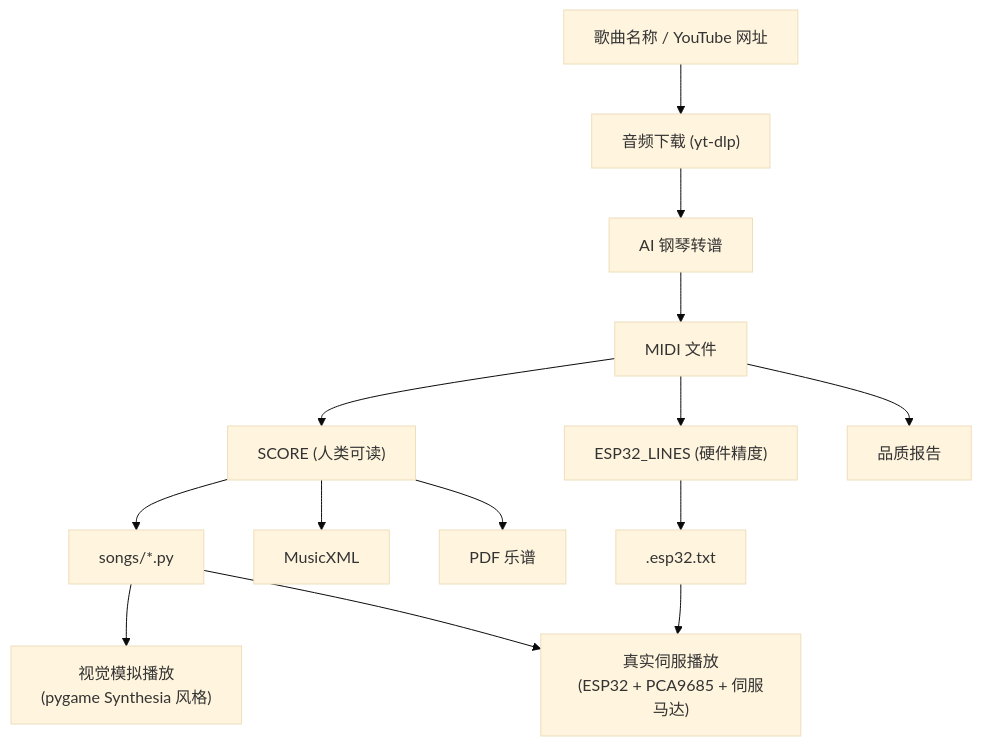
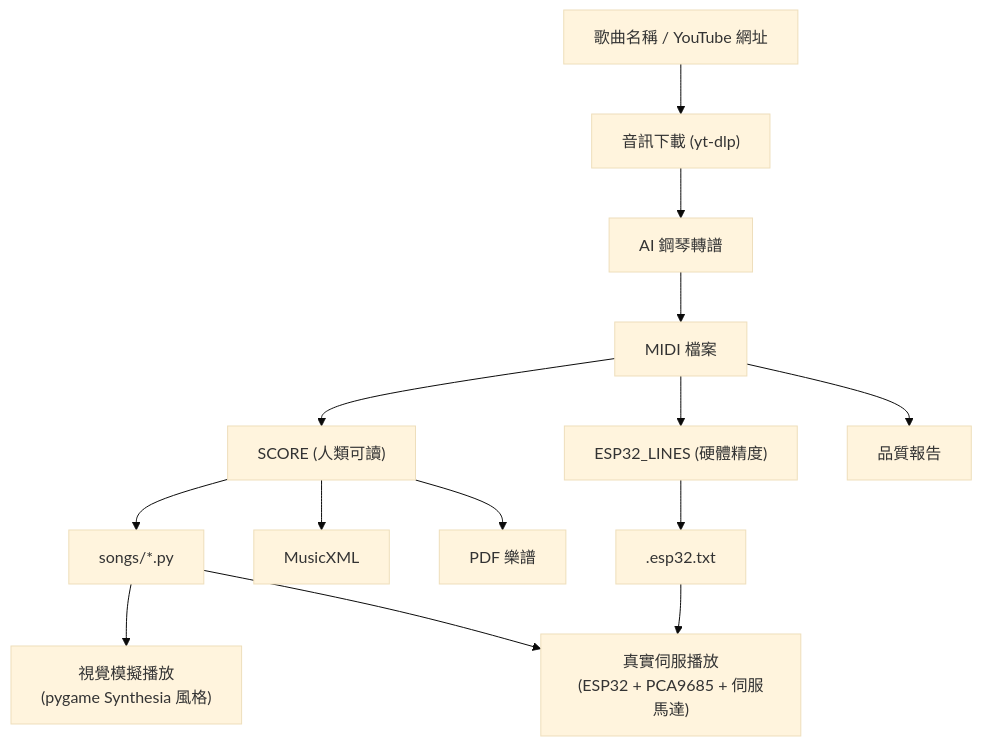
One commit to wjmmmwjj/auto_piano changed the first of 14 diagrams in README.md. Above: the diagram before and after it, drawn with Mermaid (base theme). The commit also changed other lines of this file, not shown here.

Commit message:
README: 改為繁體中文版本，含安裝教學與完整流程圖

````diff
--- a/README.md
+++ b/README.md
@@ -177,16 +177,16 @@
 ```mermaid
 flowchart TD
-    A["歌曲名称 / YouTube 网址"] --> B["音频下载 (yt-dlp)"]
-    B --> C["AI 钢琴转谱"]
-    C --> D["MIDI 文件"]
-    D --> E["SCORE (人类可读)"]
-    D --> F["ESP32_LINES (硬件精度)"]
+    A["歌曲名稱 / YouTube 網址"] --> B["音訊下載 (yt-dlp)"]
+    B --> C["AI 鋼琴轉譜"]
+    C --> D["MIDI 檔案"]
+    D --> E["SCORE (人類可讀)"]
+    D --> F["ESP32_LINES (硬體精度)"]
     E --> G["songs/*.py"]
     E --> H["MusicXML"]
-    E --> I["PDF 乐谱"]
+    E --> I["PDF 樂譜"]
     F --> J[".esp32.txt"]
-    D --> K["品质报告"]
-    G --> L["视觉模拟播放\n(pygame Synthesia 风格)"]
-    G --> M["真实伺服播放\n(ESP32 + PCA9685 + 伺服马达)"]
+    D --> K["品質報告"]
+    G --> L["視覺模擬播放\n(pygame Synthesia 風格)"]
+    G --> M["真實伺服播放\n(ESP32 + PCA9685 + 伺服馬達)"]
     J --> M
 ```
````
